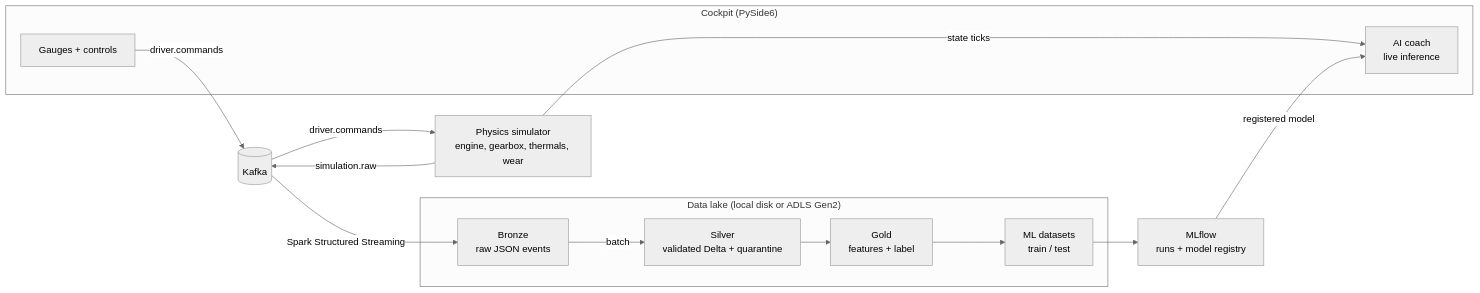
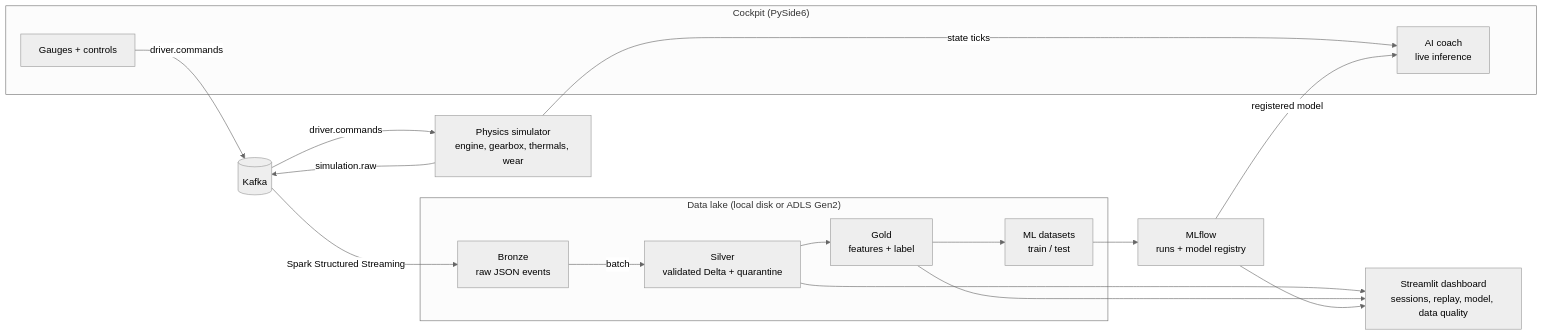
The diagram in README.md (LukaszBarbarian/virtual-vehicle-diagnostics), drawn with Mermaid (neutral theme) before and after one commit. The commit also changed other lines of this file and 17 other files, not shown here.

First line of the commit message:
Add Streamlit dashboard; fix engine wear calibration and silent Silver row loss

````diff
--- a/README.md
+++ b/README.md
@@ -12,23 +12,26 @@
 ```mermaid
 flowchart LR
     subgraph Cockpit["Cockpit (PySide6)"]
         UI[Gauges + controls]
         AI[AI coach<br/>live inference]
     end
     SIM[Physics simulator<br/>engine, gearbox, thermals, wear]
     K[(Kafka)]
     subgraph Lake["Data lake (local disk or ADLS Gen2)"]
         B[Bronze<br/>raw JSON events]
         S[Silver<br/>validated Delta + quarantine]
         G[Gold<br/>features + label]
         M[ML datasets<br/>train / test]
     end
     ML[MLflow<br/>runs + model registry]
+    D[Streamlit dashboard<br/>sessions, replay, model, data quality]
 
     UI -- driver.commands --> K -- driver.commands --> SIM
     SIM -- simulation.raw --> K
     SIM -- state ticks --> AI
     K -- Spark Structured Streaming --> B
     B -- batch --> S --> G --> M --> ML
     ML -- registered model --> AI
+    S & G --> D
+    ML --> D
 ```
````
